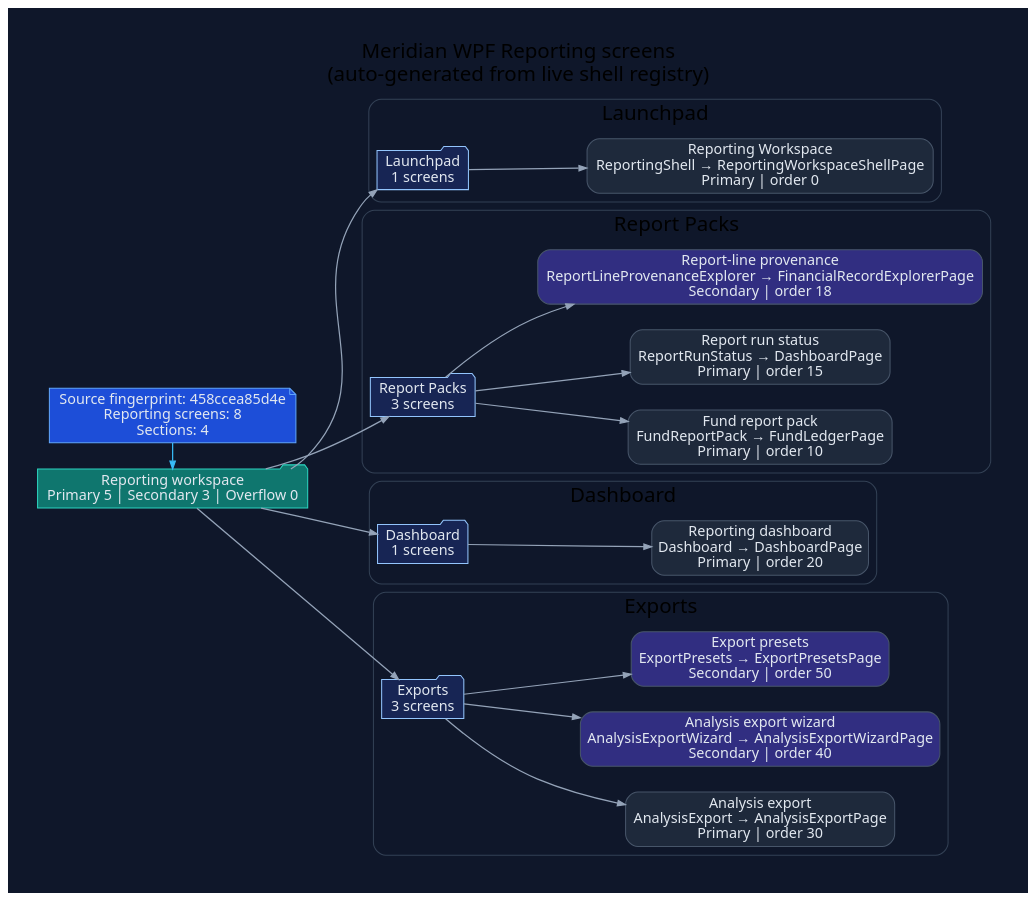
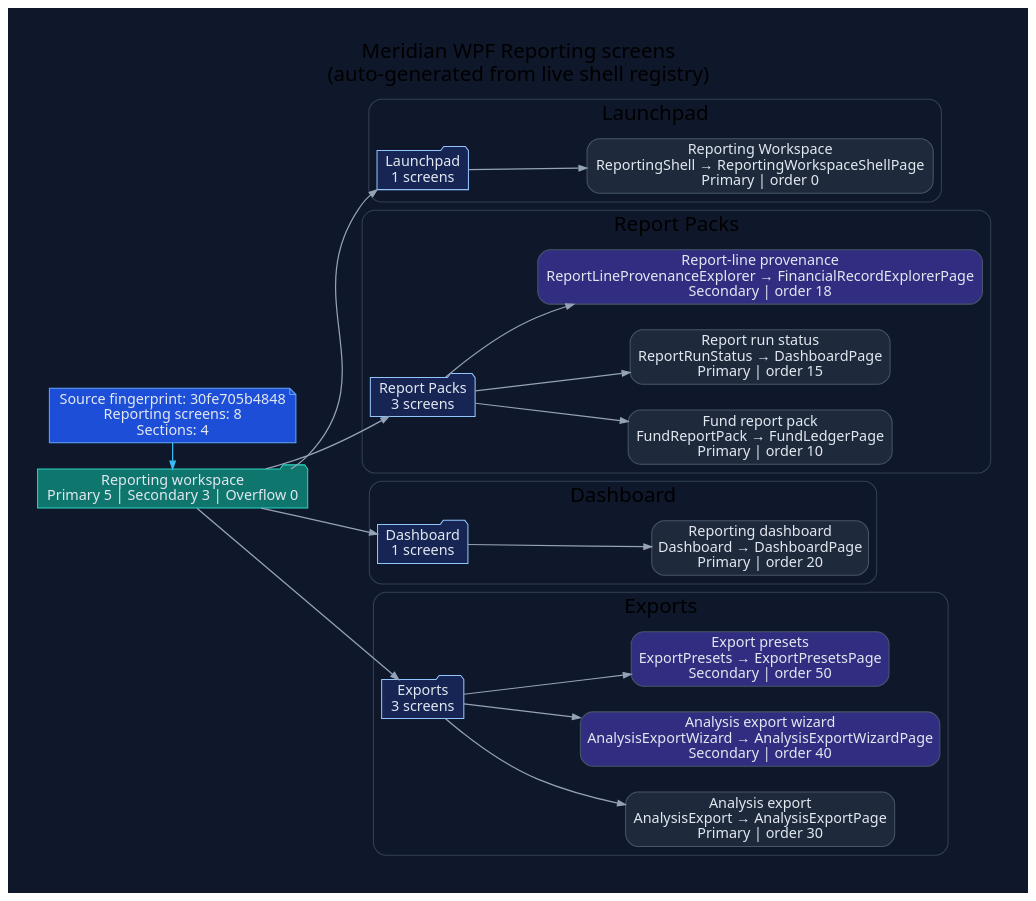
The diagram in docs/diagrams/ui/ui-wpf-screens-reporting.dot (rodoHasArrived/Meridian-main), drawn with Graphviz before and after one commit. The commit also changed 46 other files, not shown here.

```diff
--- a/docs/diagrams/ui/ui-wpf-screens-reporting.dot
+++ b/docs/diagrams/ui/ui-wpf-screens-reporting.dot
@@ -1,74 +1,74 @@
 // -----------------------------------------------------------------------------
 // <auto-generated>
 // Generated by scripts/generate-diagrams.mjs.
 // Do not edit this file directly; update the WPF source files instead.
 // -----------------------------------------------------------------------------
 digraph WpfReportingScreens {
   graph [
     rankdir=LR,
     labelloc=t,
     label="Meridian WPF Reporting screens\n(auto-generated from live shell registry)",
     fontname="Segoe UI",
     fontsize=20,
     pad=0.4,
     nodesep=0.35,
     ranksep=0.85,
     bgcolor="#0f172a"
   ];
   node [fontname="Segoe UI", shape=box, style="rounded,filled", color="#475569", fontcolor="#e2e8f0", fillcolor="#1e293b"];
   edge [fontname="Segoe UI", color="#94a3b8", penwidth=1.2, arrowsize=0.75];
 
-  generated [shape=note, fillcolor="#1d4ed8", color="#60a5fa", label="Source fingerprint: 458ccea85d4e\nReporting screens: 8\nSections: 4"];
+  generated [shape=note, fillcolor="#1d4ed8", color="#60a5fa", label="Source fingerprint: 30fe705b4848\nReporting screens: 8\nSections: 4"];
   workspace [shape=folder, fillcolor="#0f766e", color="#2dd4bf", label="Reporting workspace\nPrimary 5 | Secondary 3 | Overflow 0"];
   generated -> workspace [color="#38bdf8"];
 
   subgraph cluster_section_1 {
     label="Launchpad";
     color="#334155";
     style="rounded";
     section_1 [shape=folder, fillcolor="#172554", color="#93c5fd", label="Launchpad\n1 screens"];
     workspace -> section_1;
     screen_ReportingShell [fillcolor="#1e293b", label="Reporting Workspace\nReportingShell → ReportingWorkspaceShellPage\nPrimary | order 0"];
     section_1 -> screen_ReportingShell;
   }
 
   subgraph cluster_section_2 {
     label="Report Packs";
     color="#334155";
     style="rounded";
     section_2 [shape=folder, fillcolor="#172554", color="#93c5fd", label="Report Packs\n3 screens"];
     workspace -> section_2;
     screen_FundReportPack [fillcolor="#1e293b", label="Fund report pack\nFundReportPack → FundLedgerPage\nPrimary | order 10"];
     section_2 -> screen_FundReportPack;
     screen_ReportRunStatus [fillcolor="#1e293b", label="Report run status\nReportRunStatus → DashboardPage\nPrimary | order 15"];
     section_2 -> screen_ReportRunStatus;
     screen_ReportLineProvenanceExplorer [fillcolor="#312e81", label="Report-line provenance\nReportLineProvenanceExplorer → FinancialRecordExplorerPage\nSecondary | order 18"];
     section_2 -> screen_ReportLineProvenanceExplorer;
   }
 
   subgraph cluster_section_3 {
     label="Dashboard";
     color="#334155";
     style="rounded";
     section_3 [shape=folder, fillcolor="#172554", color="#93c5fd", label="Dashboard\n1 screens"];
     workspace -> section_3;
     screen_Dashboard [fillcolor="#1e293b", label="Reporting dashboard\nDashboard → DashboardPage\nPrimary | order 20"];
     section_3 -> screen_Dashboard;
   }
 
   subgraph cluster_section_4 {
     label="Exports";
     color="#334155";
     style="rounded";
     section_4 [shape=folder, fillcolor="#172554", color="#93c5fd", label="Exports\n3 screens"];
     workspace -> section_4;
     screen_AnalysisExport [fillcolor="#1e293b", label="Analysis export\nAnalysisExport → AnalysisExportPage\nPrimary | order 30"];
     section_4 -> screen_AnalysisExport;
     screen_AnalysisExportWizard [fillcolor="#312e81", label="Analysis export wizard\nAnalysisExportWizard → AnalysisExportWizardPage\nSecondary | order 40"];
     section_4 -> screen_AnalysisExportWizard;
     screen_ExportPresets [fillcolor="#312e81", label="Export presets\nExportPresets → ExportPresetsPage\nSecondary | order 50"];
     section_4 -> screen_ExportPresets;
   }
 
   { rank=min; generated; workspace; }
 }
```
